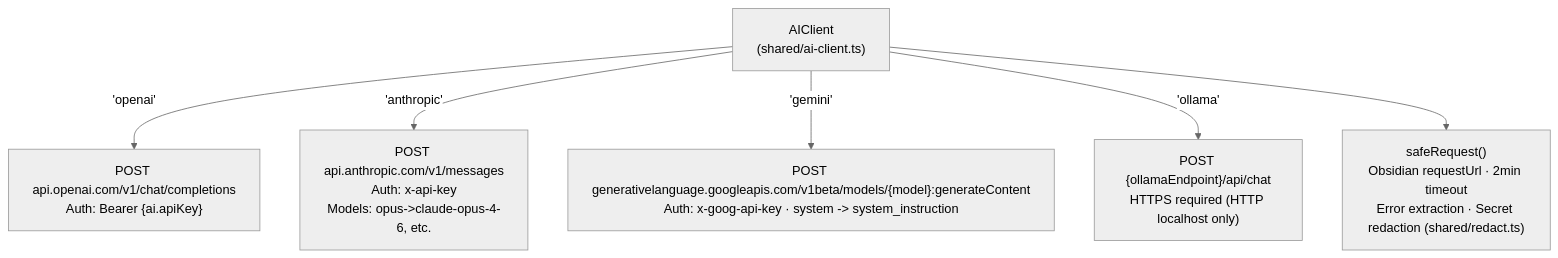
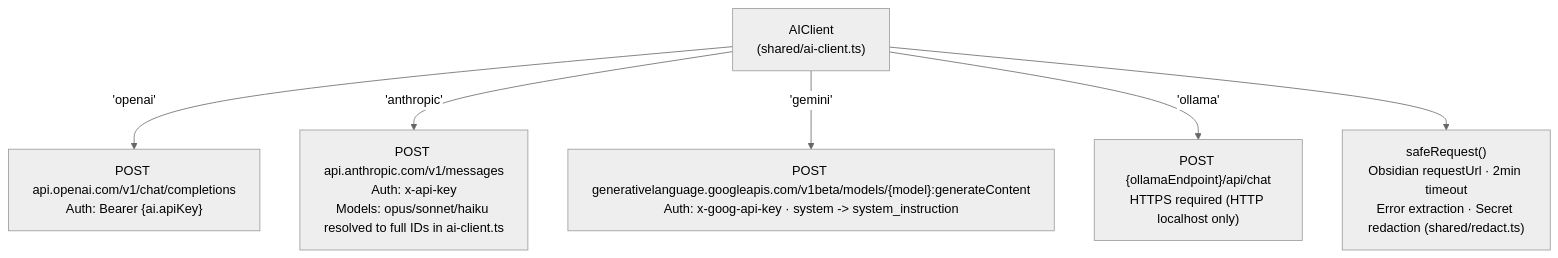
Before and after one commit to dustinkeeton/obsidian-synapse: diagram 12 of 12 in ARCHITECTURE.md, drawn with Mermaid (neutral theme). The commit also changed other lines of this file and 2 other files, not shown here.

First line of the commit message:
docs: refresh DECISIONS, STATUS, ARCHITECTURE for v1.0.3

````diff
--- a/ARCHITECTURE.md
+++ b/ARCHITECTURE.md
@@ -696,11 +767,11 @@
 ```mermaid
 graph TB
     AIC["AIClient<br/>(shared/ai-client.ts)"]
 
     AIC -->|"'openai'"| OAI["POST api.openai.com/v1/chat/completions<br/>Auth: Bearer {ai.apiKey}"]
-    AIC -->|"'anthropic'"| ANT["POST api.anthropic.com/v1/messages<br/>Auth: x-api-key<br/>Models: opus->claude-opus-4-6, etc."]
+    AIC -->|"'anthropic'"| ANT["POST api.anthropic.com/v1/messages<br/>Auth: x-api-key<br/>Models: opus/sonnet/haiku resolved to full IDs in ai-client.ts"]
     AIC -->|"'gemini'"| GEM["POST generativelanguage.googleapis.com/v1beta/models/{model}:generateContent<br/>Auth: x-goog-api-key · system -> system_instruction"]
     AIC -->|"'ollama'"| OLL["POST {ollamaEndpoint}/api/chat<br/>HTTPS required (HTTP localhost only)"]
 
     AIC --> Safe["safeRequest()<br/>Obsidian requestUrl · 2min timeout<br/>Error extraction · Secret redaction (shared/redact.ts)"]
 ```
````
